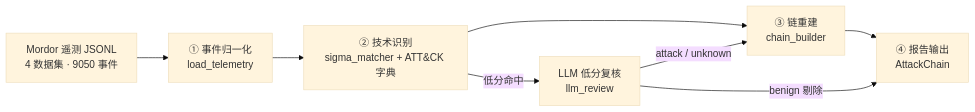
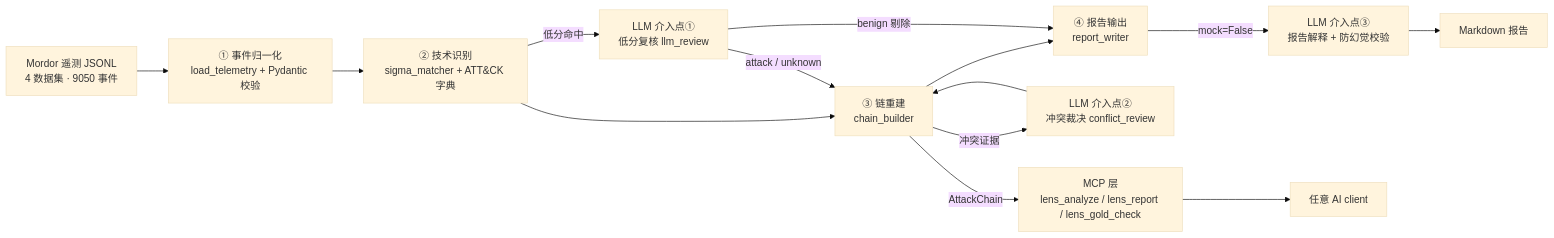
One commit to czh051015/ThreatLens changed the diagram in README.md. Above: the diagram before and after it, drawn with Mermaid (base theme). The commit also changed other lines of this file, not shown here.

Commit message:
docs: README 更新（三版指标 36.4→57.1 + MCP + 失败场景）

````diff
--- a/README.md
+++ b/README.md
@@ -105,10 +141,16 @@
 ```mermaid
 flowchart LR
-    A[Mordor 遥测 JSONL<br/>4 数据集 · 9050 事件] --> B[① 事件归一化<br/>load_telemetry]
+    A[Mordor 遥测 JSONL<br/>4 数据集 · 9050 事件] --> B[① 事件归一化<br/>load_telemetry + Pydantic 校验]
     B --> C[② 技术识别<br/>sigma_matcher + ATT&CK 字典]
     C --> D[③ 链重建<br/>chain_builder]
-    D --> E[④ 报告输出<br/>AttackChain]
-    C -->|低分命中| F[LLM 低分复核<br/>llm_review]
+    D --> E[④ 报告输出<br/>report_writer]
+    C -->|低分命中| F[LLM 介入点①<br/>低分复核 llm_review]
     F -->|attack / unknown| D
     F -->|benign 剔除| E
+    D -->|冲突证据| G[LLM 介入点②<br/>冲突裁决 conflict_review]
+    G --> D
+    E -->|mock=False| H[LLM 介入点③<br/>报告解释 + 防幻觉校验]
+    H --> I[Markdown 报告]
+    D -->|AttackChain| M[MCP 层<br/>lens_analyze / lens_report / lens_gold_check]
+    M --> N[任意 AI client]
 ```
````
